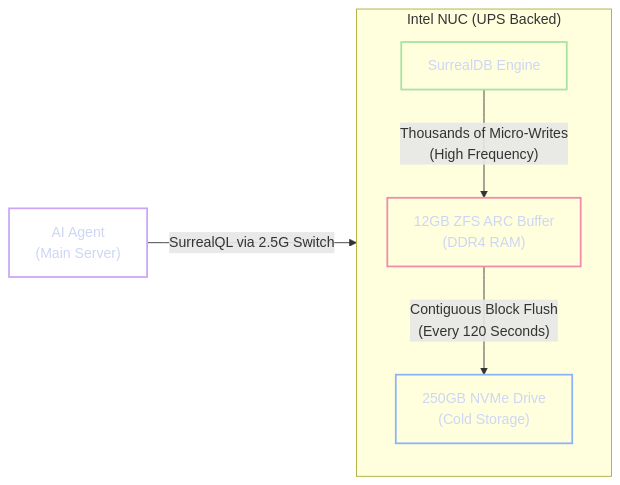
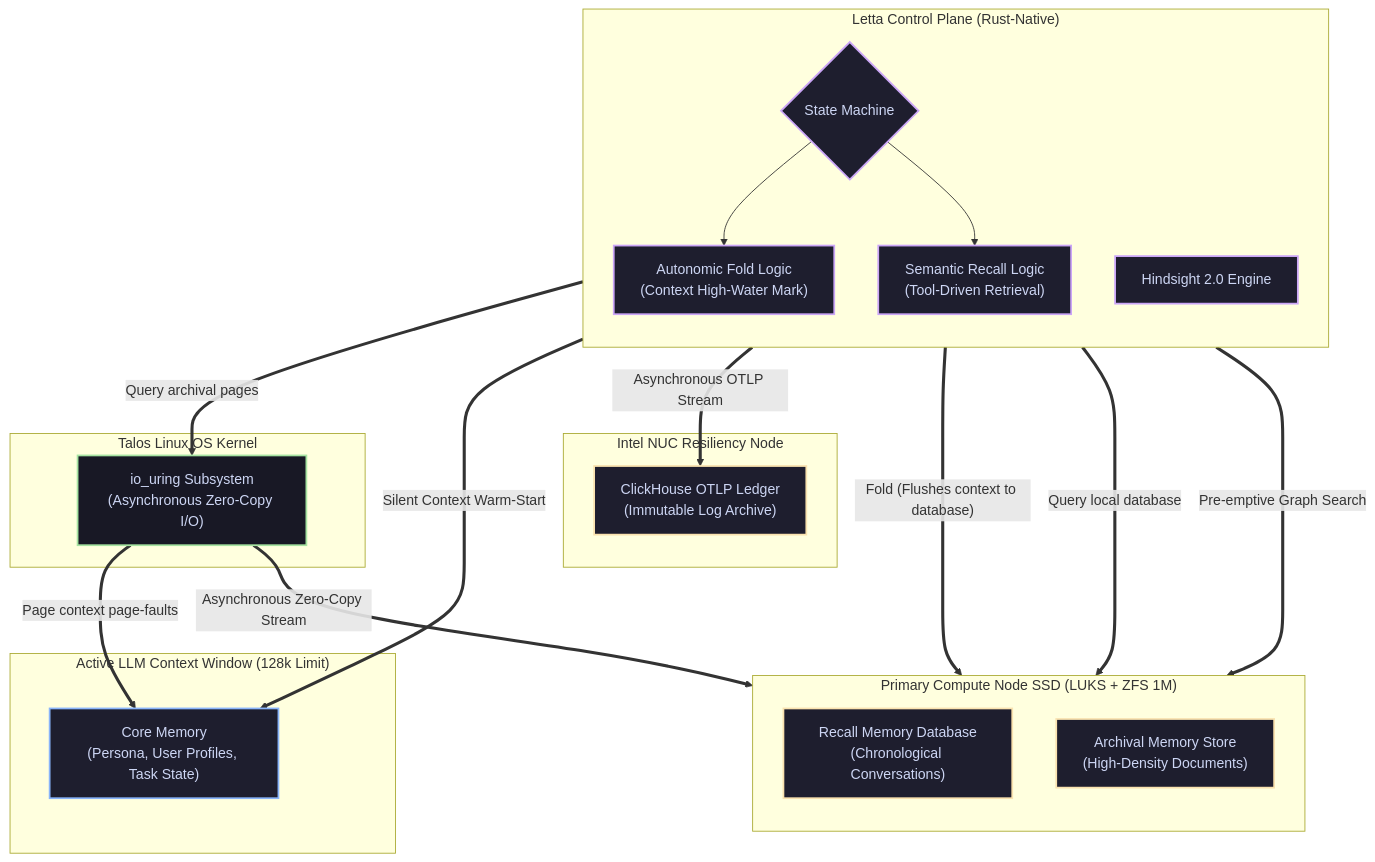
One commit to foersben/janus-synapse-edge changed the diagram in docs/06. Data Layer & Memory Substrate.md. Above: the diagram before and after it, drawn with Mermaid. The commit also changed other lines of this file and 12 other files, not shown here.

````diff
--- a/docs/06. Data Layer & Memory Substrate.md
+++ b/docs/06. Data Layer & Memory Substrate.md
@@ -42,22 +39,52 @@
 ```mermaid
-flowchart LR
-    %% Data Layer Architecture
-    classDef main fill:transparent,stroke:#cba6f7,stroke-width:2px,color:#cdd6f4
-    classDef nuc fill:transparent,stroke:#a6e3a1,stroke-width:2px,color:#cdd6f4
-    classDef ram fill:transparent,stroke:#f38ba8,stroke-width:2px,color:#cdd6f4
-    classDef disk fill:transparent,stroke:#89b4fa,stroke-width:2px,color:#cdd6f4
+flowchart TD
+    %% Style definitions
+    classDef memory fill:#1e1e2e,stroke:#89b4fa,stroke-width:2px,color:#cdd6f4
+    classDef storage fill:#1e1e2e,stroke:#f9e2af,stroke-width:2px,color:#cdd6f4
+    classDef runtime fill:#1e1e2e,stroke:#cba6f7,stroke-width:2px,color:#cdd6f4
+    classDef hardware fill:#181825,stroke:#a6e3a1,stroke-width:2px,color:#cdd6f4
 
-    Agent["AI Agent<br/>(Main Server)"]:::main
-
-    subgraph Edge_Brain["Intel NUC (UPS Backed)"]
-        direction TB
-        DB["SurrealDB Engine"]:::nuc
-        ARC["12GB ZFS ARC Buffer<br/>(DDR4 RAM)"]:::ram
-        SSD["250GB NVMe Drive<br/>(Cold Storage)"]:::disk
-
-        DB -- "Thousands of Micro-Writes<br/>(High Frequency)" --> ARC
-        ARC -- "Contiguous Block Flush<br/>(Every 120 Seconds)" --> SSD
+    subgraph LLM_Token_Space["Active LLM Context Window (128k Limit)"]
+        CoreMem["Core Memory<br/>(Persona, User Profiles, Task State)"]:::memory
     end
 
-    Agent -- "SurrealQL via 2.5G Switch" --> Edge_Brain
+    subgraph Letta_Manager["Letta Control Plane (Rust-Native)"]
+        direction TB
+        StateEngine{"State Machine"}:::runtime
+        FoldingLogic["Autonomic Fold Logic<br/>(Context High-Water Mark)"]:::runtime
+        RecallLogic["Semantic Recall Logic<br/>(Tool-Driven Retrieval)"]:::runtime
+        HindsightProxy["Hindsight 2.0 Engine"]:::runtime
+    end
+
+    subgraph Local_Storage["Primary Compute Node SSD (LUKS + ZFS 1M)"]
+        direction TB
+        RecallDB["Recall Memory Database<br/>(Chronological Conversations)"]:::storage
+        ArchivalDB["Archival Memory Store<br/>(High-Density Documents)"]:::storage
+    end
+
+    subgraph Kernel_Substrate["Talos Linux OS Kernel"]
+        IO_uring["io_uring Subsystem<br/>(Asynchronous Zero-Copy I/O)"]:::hardware
+    end
+
+    subgraph Cold_Tier["Intel NUC Resiliency Node"]
+        ClickHouse["ClickHouse OTLP Ledger<br/>(Immutable Log Archive)"]:::storage
+    end
+
+    %% Flow of memory management
+    StateEngine --> FoldingLogic
+    StateEngine --> RecallLogic
+
+    %% Core Memory Folder/Recall actions
+    FoldingLogic == "Fold (Flushes context to database)" ==> RecallDB
+    RecallLogic == "Query local database" ==> RecallDB
+    RecallLogic == "Query archival pages" ==> IO_uring
+    IO_uring ==>|"Asynchronous Zero-Copy Stream"| ArchivalDB
+    IO_uring ==>|"Page context page-faults"| CoreMem
+
+    %% Hindsight pathways
+    HindsightProxy ==>|"Pre-emptive Graph Search"| ArchivalDB
+    HindsightProxy ==>|"Silent Context Warm-Start"| CoreMem
+
+    %% Sync/Backup pathway
+    StateEngine ==>|"Asynchronous OTLP Stream"| ClickHouse
 ```
````
